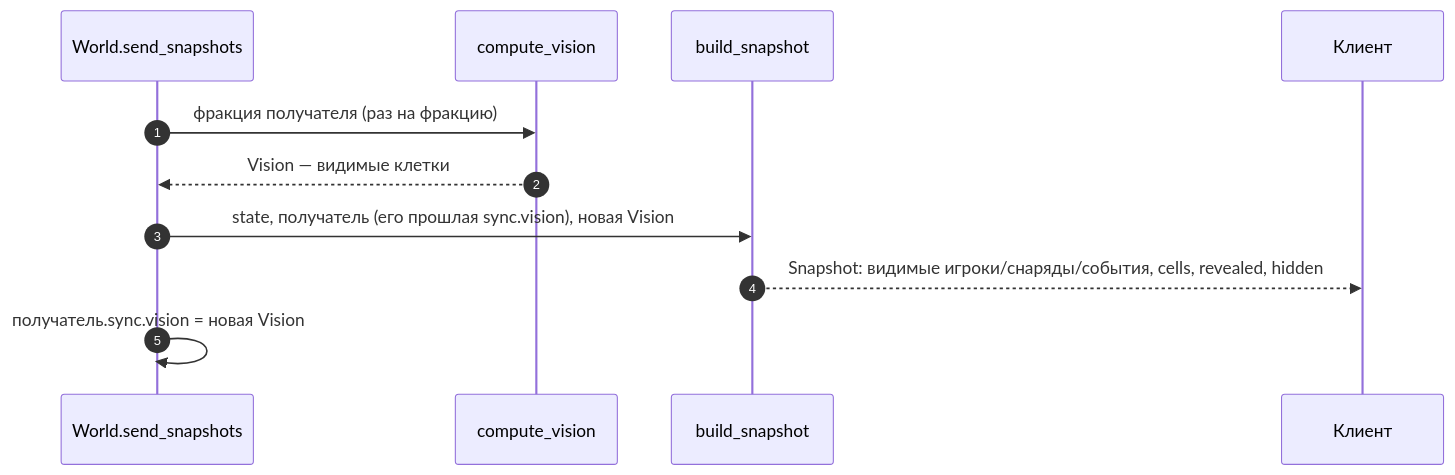
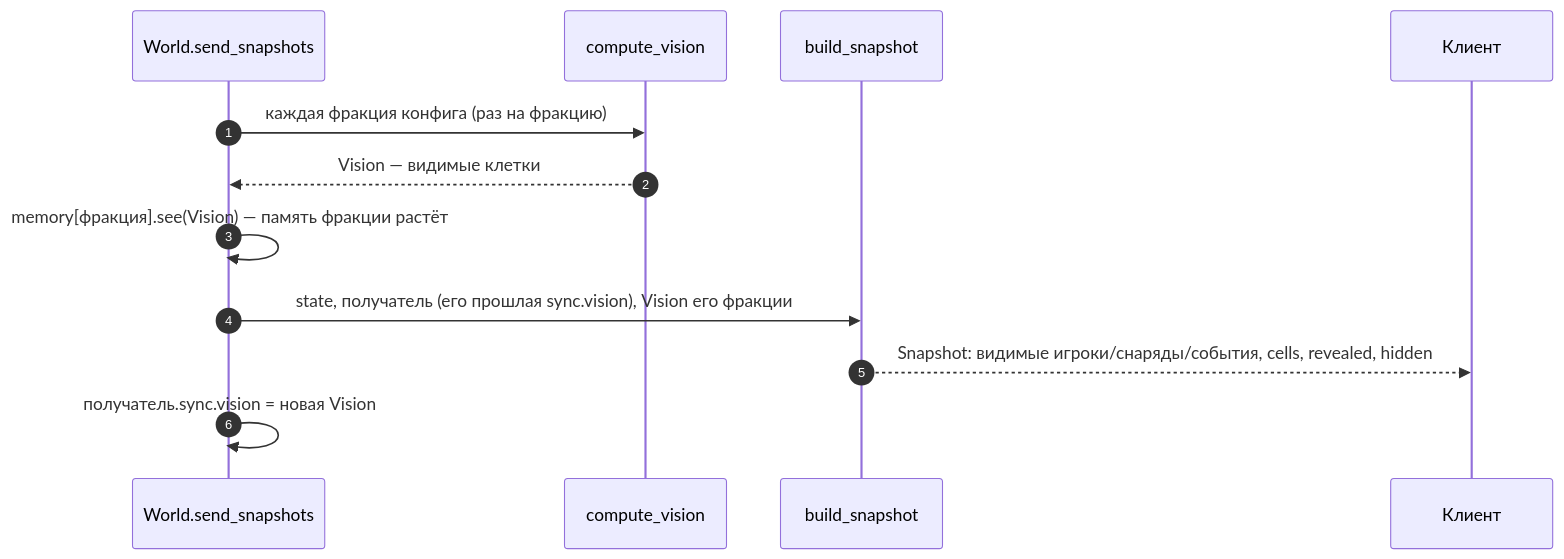
The tenth of 12 diagrams in server/docs/sequence-diagram.md (litcxx/Game), drawn with Mermaid before and after one commit. The commit also changed other lines of this file and 5 other files, not shown here.

````diff
--- a/server/docs/sequence-diagram.md
+++ b/server/docs/sequence-diagram.md
@@ -349,14 +348,15 @@
 ```mermaid
 sequenceDiagram
     autonumber
     participant world as World.send_snapshots
     participant vis as compute_vision
     participant snap as build_snapshot
     participant C as Клиент
 
-    world->>vis: фракция получателя (раз на фракцию)
+    world->>vis: каждая фракция конфига (раз на фракцию)
     vis-->>world: Vision — видимые клетки
-    world->>snap: state, получатель (его прошлая sync.vision), новая Vision
+    world->>world: memory[фракция].see(Vision) — память фракции растёт
+    world->>snap: state, получатель (его прошлая sync.vision), Vision его фракции
     snap-->>C: Snapshot: видимые игроки/снаряды/события, cells, revealed, hidden
     world->>world: получатель.sync.vision = новая Vision
 ```
````
